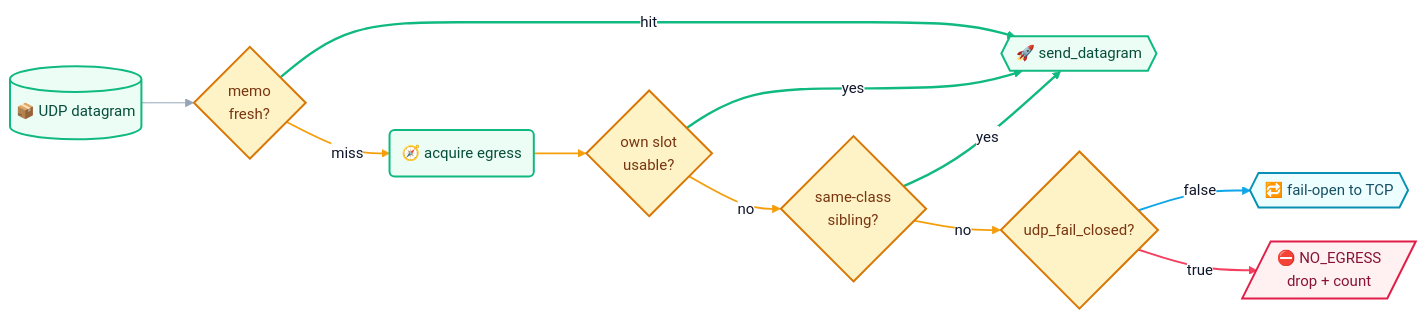
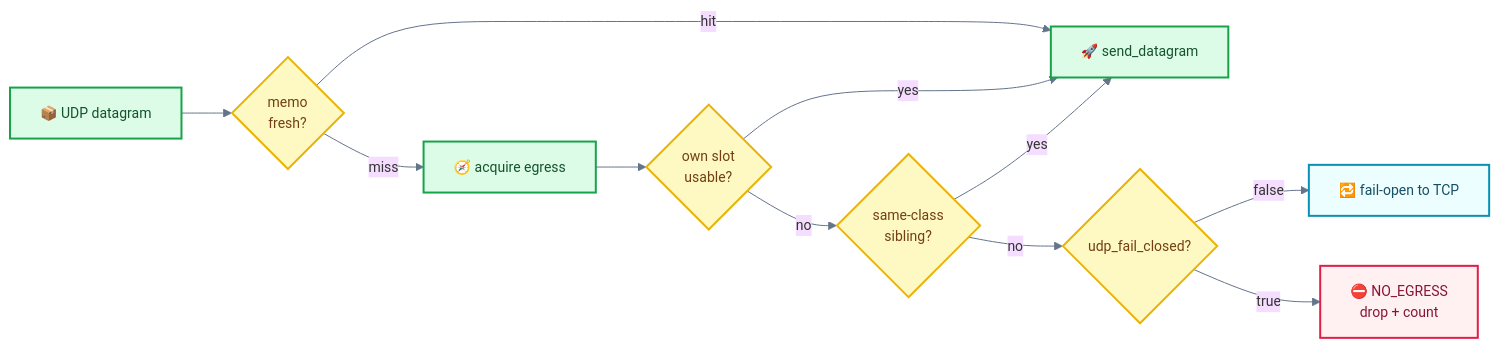
Before and after one commit to Terutoki/MyQUIC2: the eighth of 25 diagrams in README.md, drawn with Mermaid. The commit also changed other lines of this file, not shown here.

````diff
--- a/README.md
+++ b/README.md
@@ -535,31 +541,27 @@
 ```mermaid
-%%{init: {"theme":"base","themeVariables":{"fontSize":"15px","primaryColor":"#eef2ff","primaryTextColor":"#0f172a","primaryBorderColor":"#6366f1","lineColor":"#94a3b8","secondaryColor":"#ecfeff","tertiaryColor":"#fff7ed","edgeLabelBackground":"#ffffff","clusterBkg":"#f8fafc","clusterBorder":"#e2e8f0","mainBkg":"#ffffff","noteBkgColor":"#eff6ff","noteBorderColor":"#93c5fd","noteTextColor":"#1e3a8a"},"flowchart":{"curve":"basis","nodeSpacing":34,"rankSpacing":52,"padding":12,"htmlLabels":true}} }%%
+%%{init: {"theme":"base","themeVariables":{"fontSize":"14px","lineColor":"#64748b"}}}%%
 flowchart LR
-D[("📦 UDP datagram")] --> M{"memo<br/>fresh?"}
-    M -->|"hit"| SEND{{"🚀 send_datagram"}}
-    M -->|"miss"| A("🧭 acquire egress")
+D["📦 UDP datagram"] --> M{"memo<br/>fresh?"}
+    M -->|"hit"| SEND["🚀 send_datagram"]
+    M -->|"miss"| A["🧭 acquire egress"]
     A --> O{"own slot<br/>usable?"}
     O -->|"yes"| SEND
     O -->|"no"| S{"same-class<br/>sibling?"}
     S -->|"yes"| SEND
     S -->|"no"| F{"udp_fail_closed?"}
-    F -->|"false"| TCP{{"🔁 fail-open to TCP"}}
-    F -->|"true"| DROP[/"⛔ NO_EGRESS<br/>drop + count"/]
+    F -->|"false"| TCP["🔁 fail-open to TCP"]
+    F -->|"true"| DROP["⛔ NO_EGRESS<br/>drop + count"]
     class D,A,SEND clientC
     class M,O,S,F decisionC
     class TCP wireC
     class DROP dangerC
-    linkStyle 1,4,6 stroke:#10b981,stroke-width:2.4px
-    linkStyle 2,3,5,7 stroke:#f59e0b,stroke-width:1.8px
-    linkStyle 8 stroke:#0ea5e9,stroke-width:2px
-    linkStyle 9 stroke:#f43f5e,stroke-width:2px
 
-    classDef clientC fill:#ecfdf5,stroke:#10b981,stroke-width:2px,color:#064e3b
-    classDef coreC fill:#eef2ff,stroke:#6366f1,stroke-width:2px,color:#1e1b4b
+    classDef clientC fill:#dcfce7,stroke:#16a34a,stroke-width:2px,color:#14532d
+    classDef coreC fill:#eef2ff,stroke:#4f46e5,stroke-width:2px,color:#1e1b4b
     classDef wireC fill:#ecfeff,stroke:#0891b2,stroke-width:2px,color:#164e63
-    classDef warmC fill:#fff7ed,stroke:#f97316,stroke-width:2px,color:#7c2d12
+    classDef warmC fill:#fff7ed,stroke:#fb923c,stroke-width:2px,color:#7c2d12
     classDef dangerC fill:#fff1f2,stroke:#e11d48,stroke-width:2px,color:#881337
     classDef muteC fill:#f8fafc,stroke:#cbd5e1,color:#475569
-    classDef noteC fill:#f5f3ff,stroke:#8b5cf6,stroke-width:1.5px,color:#4c1d95
-    classDef decisionC fill:#fef3c7,stroke:#d97706,stroke-width:2px,color:#78350f
+    classDef noteC fill:#e0e7ff,stroke:#8b5cf6,stroke-width:1.5px,color:#312e81
+    classDef decisionC fill:#fef9c3,stroke:#eab308,stroke-width:2px,color:#713f12
 ```
````
